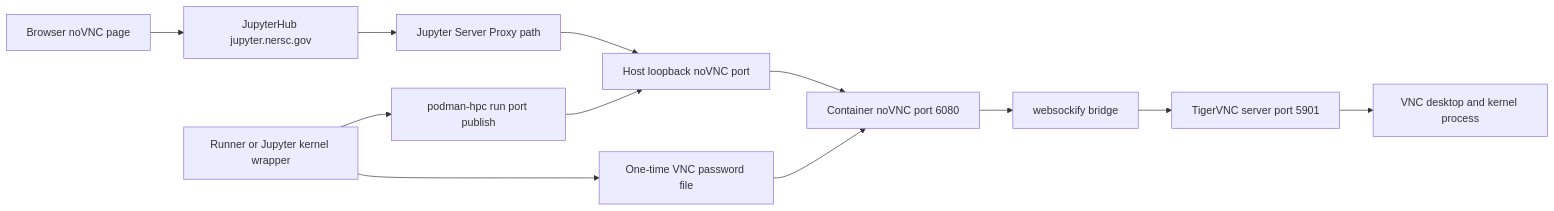
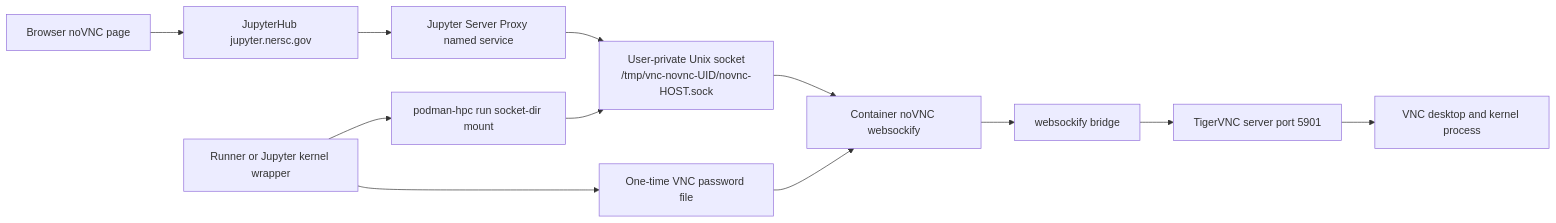
The fourth of 4 diagrams in README.md (NERSC/perlmutter-desktop-containers), drawn with Mermaid before and after one commit. The commit also changed other lines of this file and 7 other files, not shown here.

Commit message:
Add noVNC Unix socket transport mode

````diff
--- a/README.md
+++ b/README.md
@@ -427,27 +497,27 @@
 ```mermaid
 flowchart LR
     browser[Browser noVNC page]
     hub[JupyterHub jupyter.nersc.gov]
-    proxy[Jupyter Server Proxy path]
-    hostport[Host loopback noVNC port]
-    novnc[Container noVNC port 6080]
+    proxy[Jupyter Server Proxy named service]
+    socket[User-private Unix socket<br/>/tmp/vnc-novnc-UID/novnc-HOST.sock]
+    novnc[Container noVNC websockify]
     bridge[websockify bridge]
     vnc[TigerVNC server port 5901]
     desktop[VNC desktop and kernel process]
     wrapper[Runner or Jupyter kernel wrapper]
-    podman[podman-hpc run port publish]
+    podman[podman-hpc run socket-dir mount]
     password[One-time VNC password file]
 
     browser --> hub
     hub --> proxy
-    proxy --> hostport
-    hostport --> novnc
+    proxy --> socket
+    socket --> novnc
     novnc --> bridge
     bridge --> vnc
     vnc --> desktop
 
     wrapper --> podman
-    podman --> hostport
+    podman --> socket
     wrapper --> password
     password --> novnc
 ```
````
